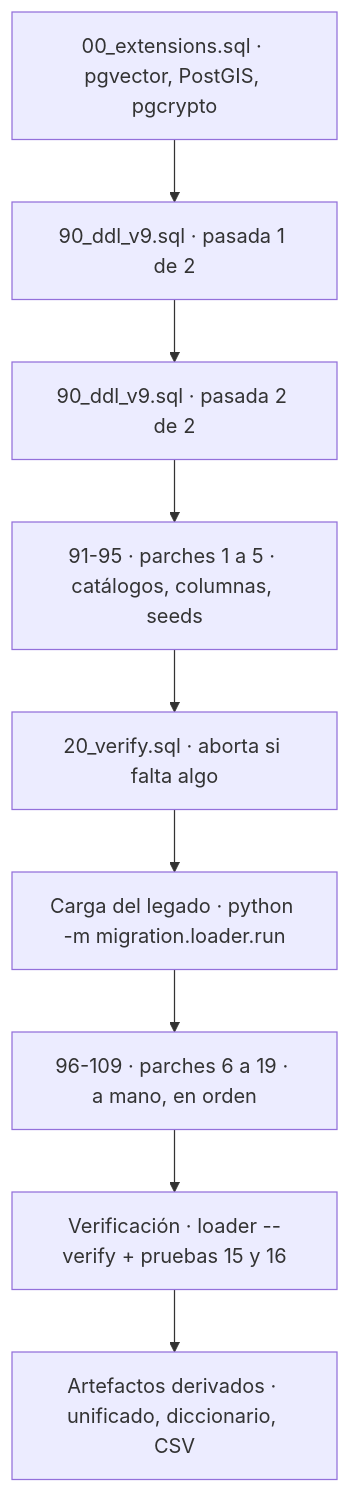
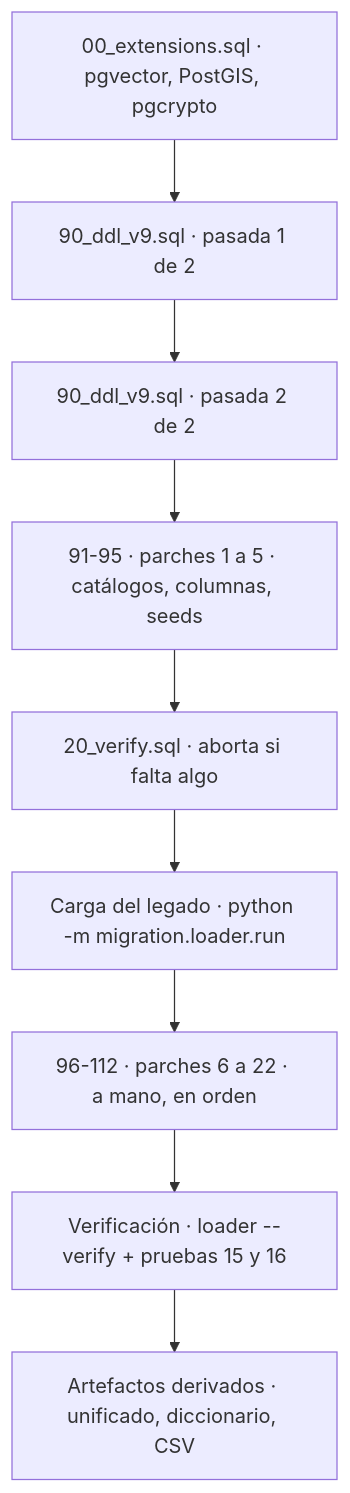
Before and after one commit to diegopaucarv/avisa: the first of 2 diagrams in docs/README.md, drawn with Mermaid. The commit also changed other lines of this file and 57 other files, not shown here.

````diff
--- a/docs/README.md
+++ b/docs/README.md
@@ -429,11 +454,11 @@
 ```mermaid
 flowchart TD
     A["00_extensions.sql · pgvector, PostGIS, pgcrypto"] --> B["90_ddl_v9.sql · pasada 1 de 2"]
     B --> B2["90_ddl_v9.sql · pasada 2 de 2"]
     B2 --> C["91-95 · parches 1 a 5 · catálogos, columnas, seeds"]
     C --> D["20_verify.sql · aborta si falta algo"]
     D --> E["Carga del legado · python -m migration.loader.run"]
-    E --> F["96-109 · parches 6 a 19 · a mano, en orden"]
+    E --> F["96-112 · parches 6 a 22 · a mano, en orden"]
     F --> G["Verificación · loader --verify + pruebas 15 y 16"]
     G --> H["Artefactos derivados · unificado, diccionario, CSV"]
 ```
````
